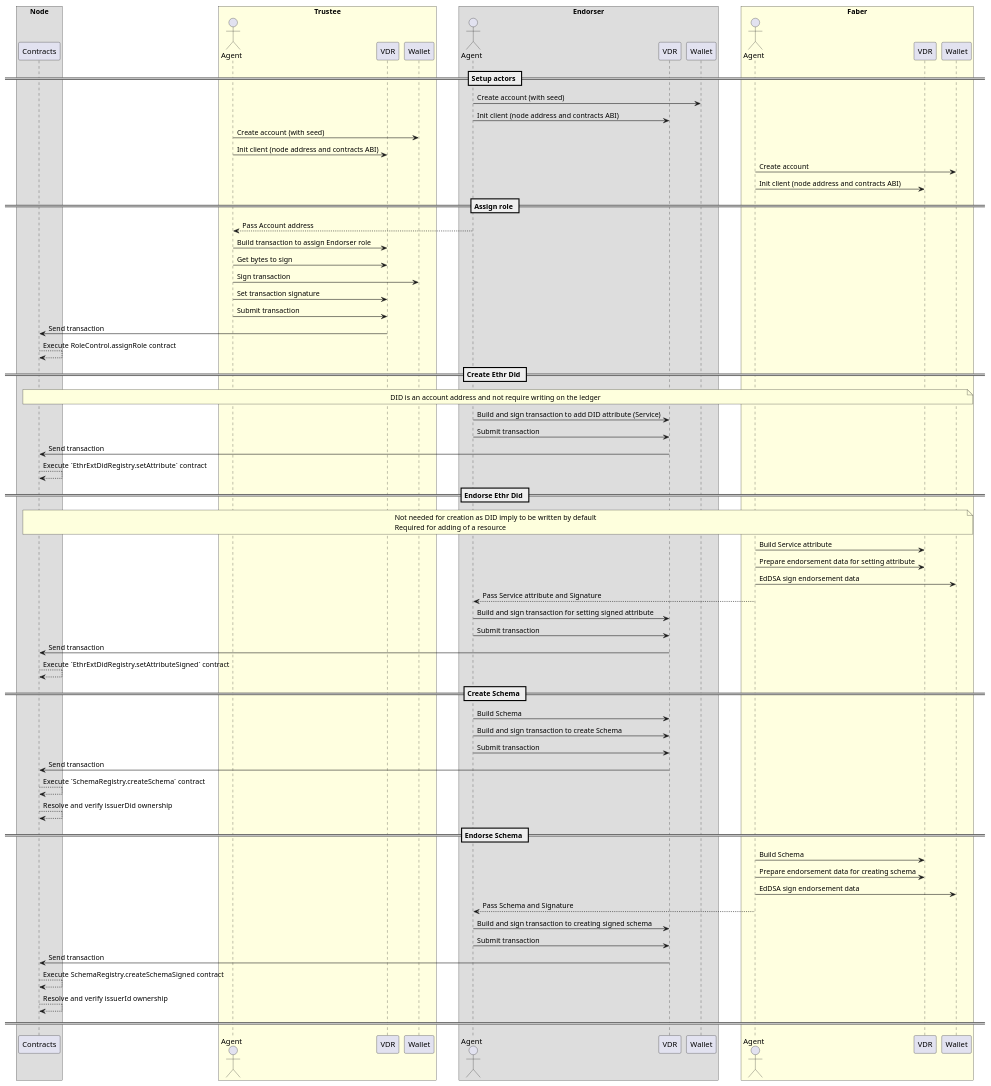
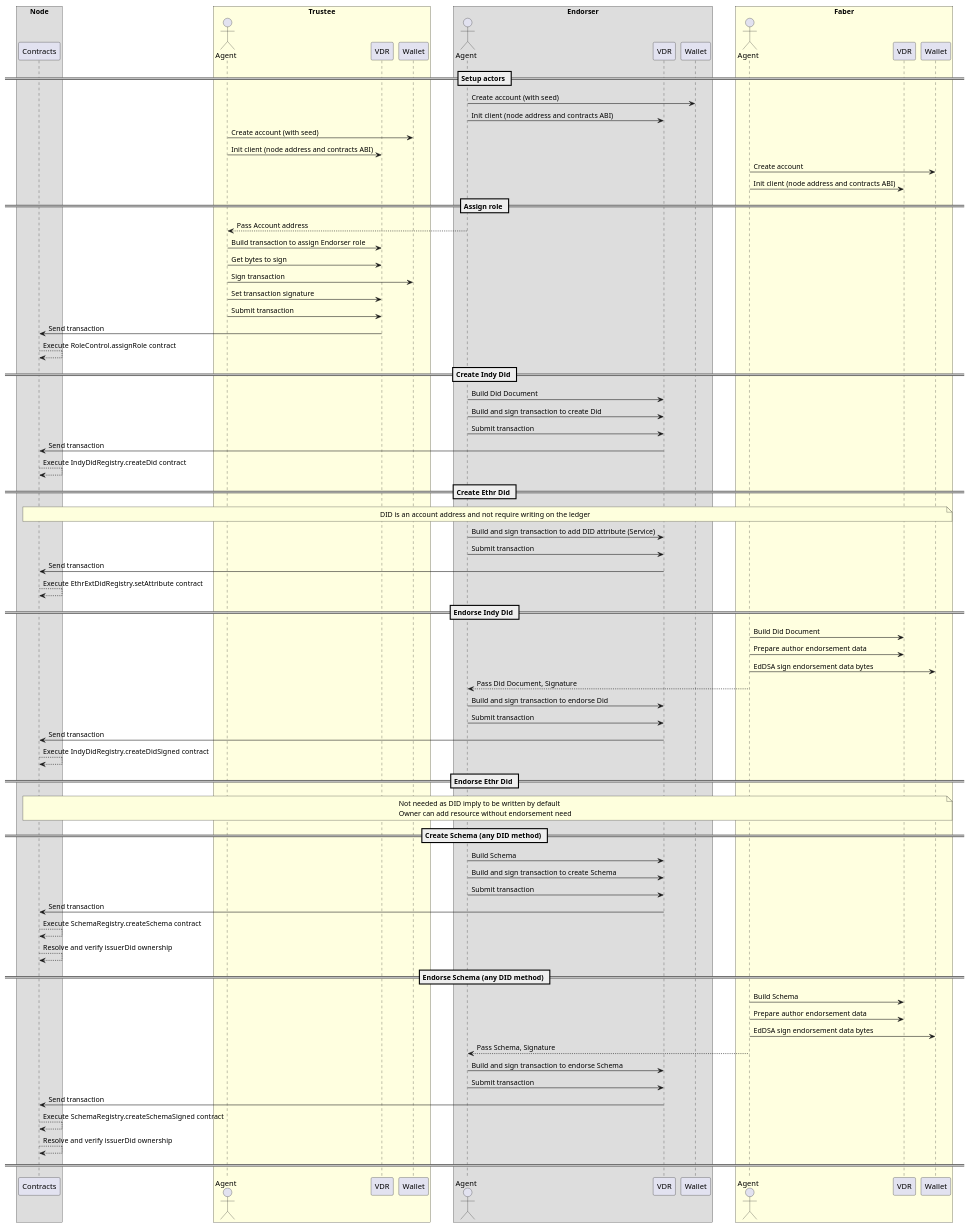
The diagram in docs/design/flow.puml (hyperledger/indy-besu), drawn with PlantUML before and after one commit. The commit also changed 120 other files, not shown here.

First line of the commit message:
Restore did:indybesu DID method + Restore storage approach for CL objects (#23)

```diff
--- a/docs/design/flow.puml
+++ b/docs/design/flow.puml
@@ -1,97 +1,107 @@
 @startuml
 
 skinparam BoxPadding 20
 
 box "Node"
 participant "Contracts" as C
 endbox
 
 box "Trustee" #LightYellow
 actor "Agent" as T
 participant "VDR" as TV
 participant "Wallet" as TW
 endbox
 
 box "Endorser"
 actor "Agent" as E
 participant "VDR" as EV
 participant "Wallet" as EW
 endbox
 
 box "Faber" #LightYellow
 actor "Agent" as F
 participant "VDR" as FV
 participant "Wallet" as FW
 endbox
 
 == Setup actors ==
 
 E->EW: Create account (with seed)
 E->EV: Init client (node address and contracts ABI)
 T->TW: Create account (with seed)
 T->TV: Init client (node address and contracts ABI)
 F->FW: Create account
 F->FV: Init client (node address and contracts ABI)
 
 == Assign role ==
 
 E-->T: Pass Account address
 T->TV: Build transaction to assign Endorser role
 T->TV: Get bytes to sign
 T->TW: Sign transaction
 T->TV: Set transaction signature
 T->TV: Submit transaction
 TV->C: Send transaction
 C-->C: Execute RoleControl.assignRole contract
 
+== Create Indy Did ==
+
+E->EV: Build Did Document
+E->EV: Build and sign transaction to create Did
+E->EV: Submit transaction
+EV->C: Send transaction
+C-->C: Execute IndyDidRegistry.createDid contract
+
 == Create Ethr Did ==
 
 note across
   DID is an account address and not require writing on the ledger
 end note
 
 E->EV: Build and sign transaction to add DID attribute (Service)
 E->EV: Submit transaction
 EV->C: Send transaction
-C-->C: Execute `EthrExtDidRegistry.setAttribute` contract
+C-->C: Execute EthrExtDidRegistry.setAttribute contract
+
+== Endorse Indy Did ==
+
+F->FV: Build Did Document
+F->FV: Prepare author endorsement data
+F->FW: EdDSA sign endorsement data bytes
+F-->E: Pass Did Document, Signature
+E->EV: Build and sign transaction to endorse Did
+E->EV: Submit transaction
+EV->C: Send transaction
+C-->C: Execute IndyDidRegistry.createDidSigned contract
 
 == Endorse Ethr Did ==
 
 note across
-  Not needed for creation as DID imply to be written by default
-  Required for adding of a resource
+  Not needed as DID imply to be written by default
+  Owner can add resource without endorsement need
 end note
 
-F->FV: Build Service attribute
-F->FV: Prepare endorsement data for setting attribute
-F->FW: EdDSA sign endorsement data
-F-->E: Pass Service attribute and Signature
-E->EV: Build and sign transaction for setting signed attribute
-E->EV: Submit transaction
-EV->C: Send transaction
-C-->C: Execute `EthrExtDidRegistry.setAttributeSigned` contract
-
-== Create Schema ==
+== Create Schema (any DID method) ==
 
 E->EV: Build Schema
 E->EV: Build and sign transaction to create Schema
 E->EV: Submit transaction
 EV->C: Send transaction
-C-->C: Execute `SchemaRegistry.createSchema` contract
+C-->C: Execute SchemaRegistry.createSchema contract
 C-->C: Resolve and verify issuerDid ownership
 
-== Endorse Schema ==
+== Endorse Schema (any DID method) ==
 
 F->FV: Build Schema
-F->FV: Prepare endorsement data for creating schema
-F->FW: EdDSA sign endorsement data
-F-->E: Pass Schema and Signature
-E->EV: Build and sign transaction to creating signed schema
+F->FV: Prepare author endorsement data
+F->FW: EdDSA sign endorsement data bytes
+F-->E: Pass Schema, Signature
+E->EV: Build and sign transaction to endorse Schema
 E->EV: Submit transaction
 EV->C: Send transaction
 C-->C: Execute SchemaRegistry.createSchemaSigned contract
-C-->C: Resolve and verify issuerId ownership
+C-->C: Resolve and verify issuerDid ownership
 
 ==  ==
 
 @enduml
```
